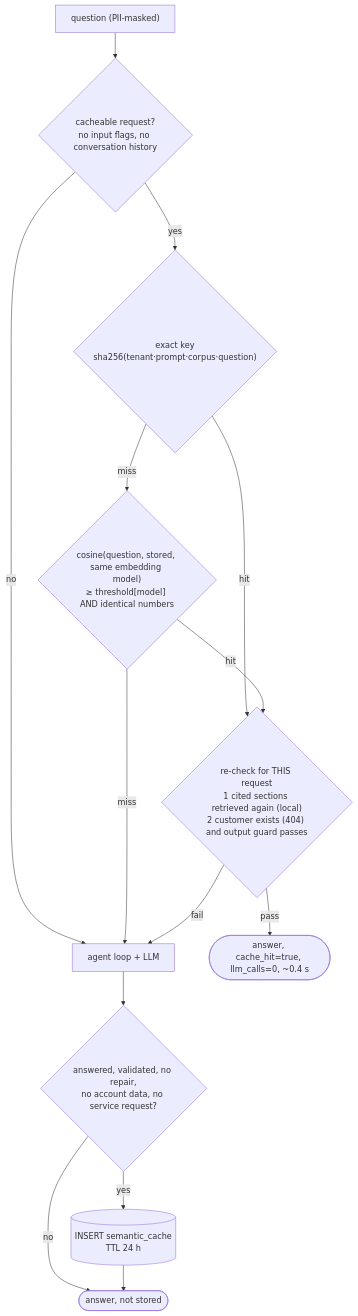
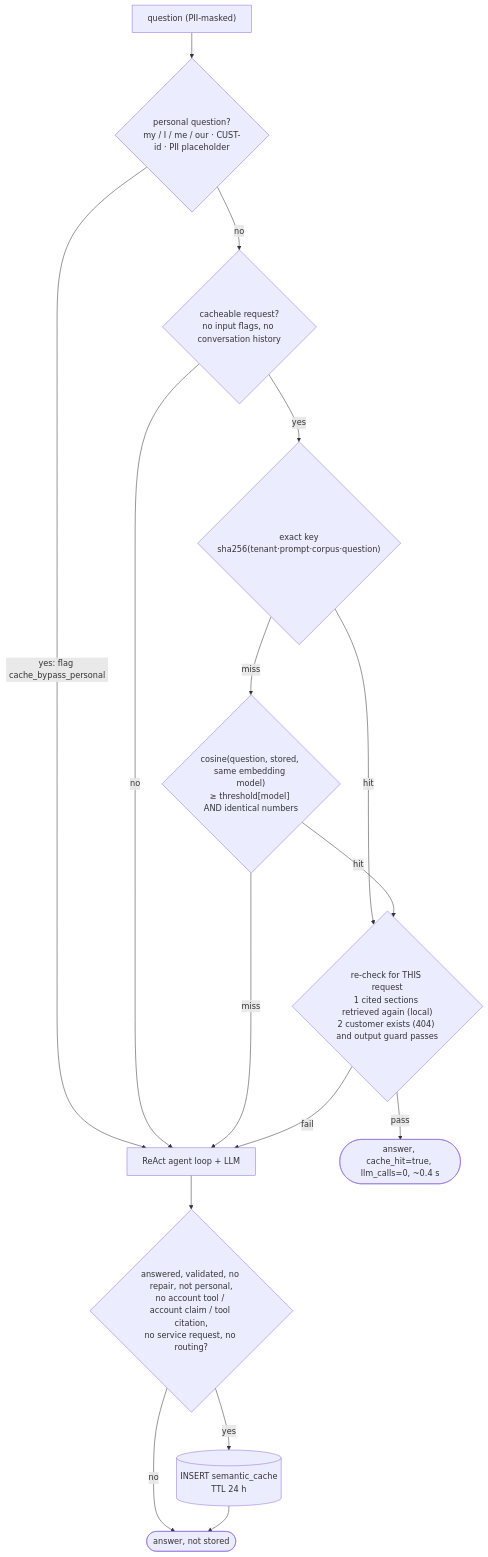
One commit to annu8932091318/Grounded-Card-RAG changed the eighth of 11 diagrams in docs/ARCHITECTURE.md. Above: the diagram before and after it, drawn with Mermaid. The commit also changed other lines of this file and 27 other files, not shown here.

````diff
--- a/docs/ARCHITECTURE.md
+++ b/docs/ARCHITECTURE.md
@@ -264,17 +409,19 @@
 ```mermaid
 flowchart TD
-    q["question (PII-masked)"] --> el{"cacheable request?<br/>no input flags, no conversation history"}
+    q["question (PII-masked)"] --> pers{"personal question?<br/>my / I / me / our · CUST-id · PII placeholder"}
+    pers -->|yes: flag cache_bypass_personal| llm
+    pers -->|no| el{"cacheable request?<br/>no input flags, no conversation history"}
     el -->|no| llm
     el -->|yes| ex{"exact key<br/>sha256(tenant·prompt·corpus·question)"}
     ex -->|hit| chk
     ex -->|miss| sem{"cosine(question, stored, same embedding model)<br/>≥ threshold[model] AND identical numbers"}
     sem -->|hit| chk
-    sem -->|miss| llm["agent loop + LLM"]
+    sem -->|miss| llm["ReAct agent loop + LLM"]
     chk{"re-check for THIS request<br/>1 cited sections retrieved again (local)<br/>2 customer exists (404) and output guard passes"}
     chk -->|pass| ans(["answer, cache_hit=true, llm_calls=0, ~0.4 s"])
     chk -->|fail| llm
-    llm --> v{"answered, validated, no repair,<br/>no account data, no service request?"}
+    llm --> v{"answered, validated, no repair, not personal,<br/>no account tool / account claim / tool citation,<br/>no service request, no routing?"}
     v -->|yes| store[("INSERT semantic_cache<br/>TTL 24 h")]
     v -->|no| done(["answer, not stored"])
     store --> done
 ```
````
